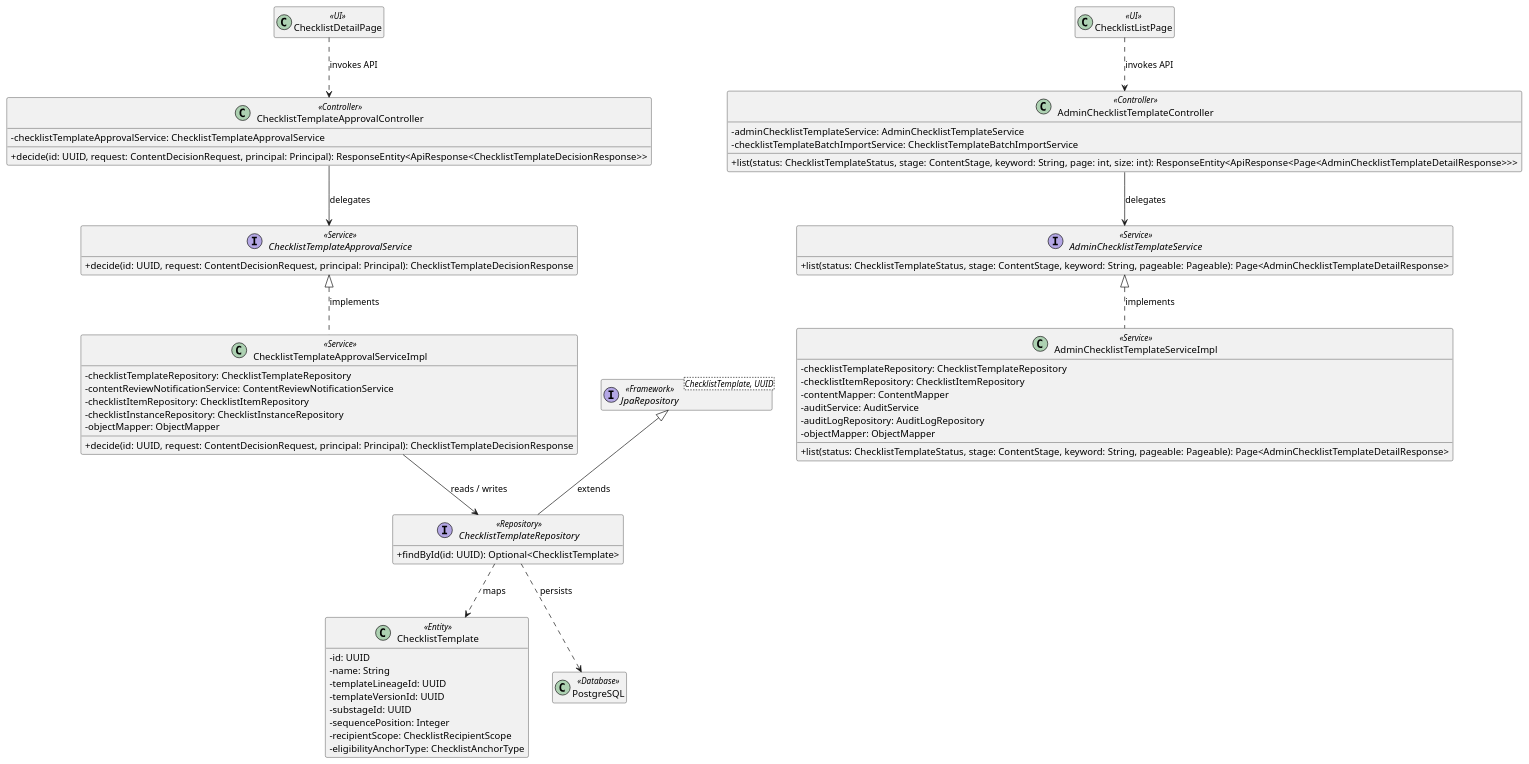
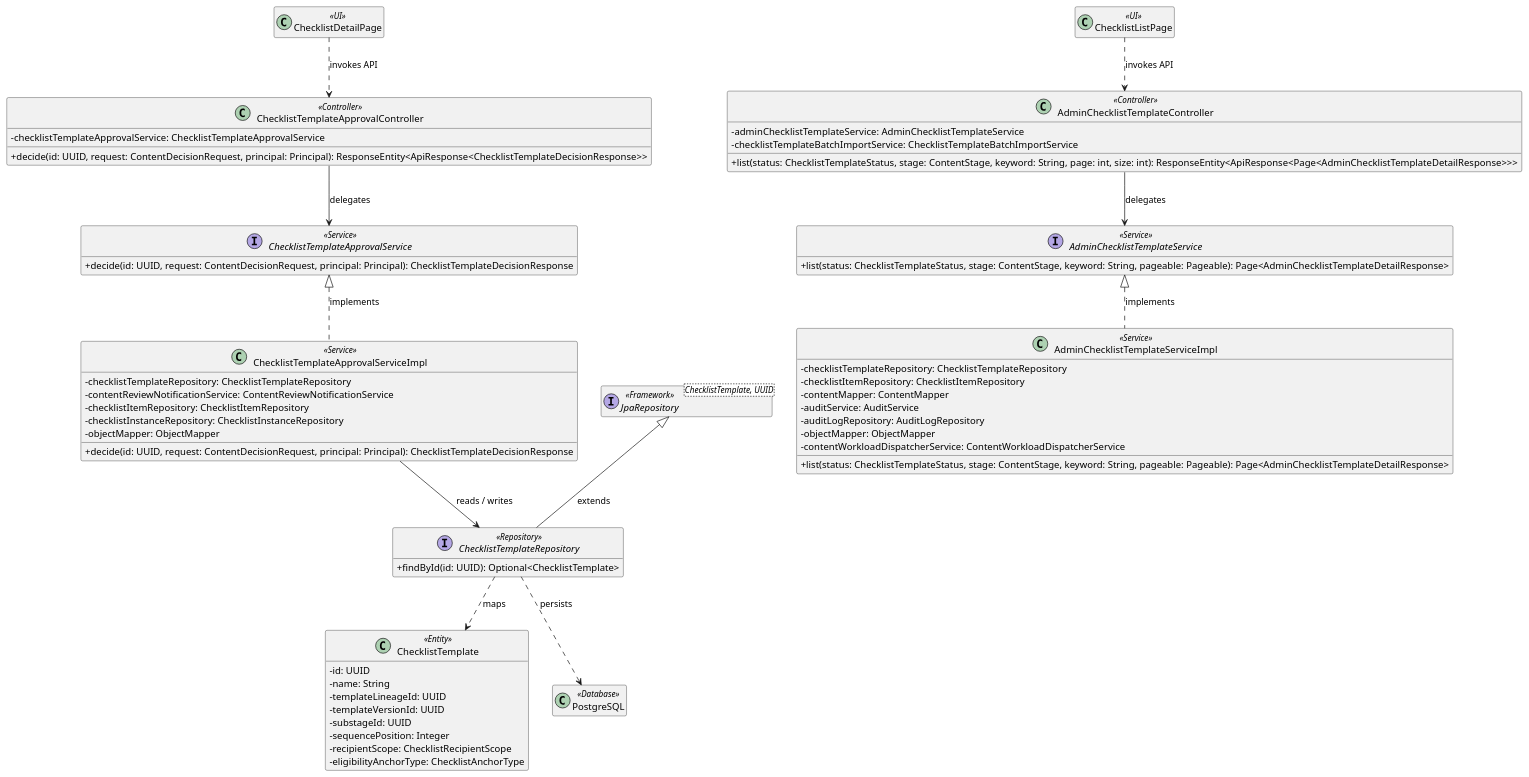
One commit to ChuongBDHE172784/CareBridge_SEP490_G79 changed the first of 3 diagrams in 03_Design/Detailed_Design/MF09_Content_Hub/03_Checklist_Template_Versioning_and_Runtime_Distribution.md. Above: the diagram before and after it, drawn with PlantUML. The commit also changed other lines of this file and 61 other files, not shown here.

Commit message:
docs: update detailed design documentation and state chart diagrams across all feature modules

````diff
--- a/03_Design/Detailed_Design/MF09_Content_Hub/03_Checklist_Template_Versioning_and_Runtime_Distribution.md
+++ b/03_Design/Detailed_Design/MF09_Content_Hub/03_Checklist_Template_Versioning_and_Runtime_Distribution.md
@@ -43,66 +43,67 @@
 ```plantuml
 @startuml ClassDiagram_03ChecklistTemplateVersioningandRuntimeDistribution
 skinparam classAttributeIconSize 0
 hide empty members
 
 class "ChecklistDetailPage" as UIChecklistDetailPage <<UI>>
 class "ChecklistListPage" as UIChecklistListPage <<UI>>
 class "AdminChecklistTemplateController" as ControllerAdminChecklistTemplateController <<Controller>> {
   - adminChecklistTemplateService: AdminChecklistTemplateService
   - checklistTemplateBatchImportService: ChecklistTemplateBatchImportService
   + list(status: ChecklistTemplateStatus, stage: ContentStage, keyword: String, page: int, size: int): ResponseEntity<ApiResponse<Page<AdminChecklistTemplateDetailResponse>>>
 }
 class "ChecklistTemplateApprovalController" as ControllerChecklistTemplateApprovalController <<Controller>> {
   - checklistTemplateApprovalService: ChecklistTemplateApprovalService
   + decide(id: UUID, request: ContentDecisionRequest, principal: Principal): ResponseEntity<ApiResponse<ChecklistTemplateDecisionResponse>>
 }
 interface "AdminChecklistTemplateService" as ServiceContractAdminChecklistTemplateService <<Service>> {
   + list(status: ChecklistTemplateStatus, stage: ContentStage, keyword: String, pageable: Pageable): Page<AdminChecklistTemplateDetailResponse>
 }
 class "AdminChecklistTemplateServiceImpl" as ServiceAdminChecklistTemplateServiceImpl <<Service>> {
   - checklistTemplateRepository: ChecklistTemplateRepository
   - checklistItemRepository: ChecklistItemRepository
   - contentMapper: ContentMapper
   - auditService: AuditService
   - auditLogRepository: AuditLogRepository
   - objectMapper: ObjectMapper
+  - contentWorkloadDispatcherService: ContentWorkloadDispatcherService
   + list(status: ChecklistTemplateStatus, stage: ContentStage, keyword: String, pageable: Pageable): Page<AdminChecklistTemplateDetailResponse>
 }
 ServiceContractAdminChecklistTemplateService <|.. ServiceAdminChecklistTemplateServiceImpl : implements
 interface "ChecklistTemplateApprovalService" as ServiceContractChecklistTemplateApprovalService <<Service>> {
   + decide(id: UUID, request: ContentDecisionRequest, principal: Principal): ChecklistTemplateDecisionResponse
 }
 class "ChecklistTemplateApprovalServiceImpl" as ServiceChecklistTemplateApprovalServiceImpl <<Service>> {
   - checklistTemplateRepository: ChecklistTemplateRepository
   - contentReviewNotificationService: ContentReviewNotificationService
   - checklistItemRepository: ChecklistItemRepository
   - checklistInstanceRepository: ChecklistInstanceRepository
   - objectMapper: ObjectMapper
   + decide(id: UUID, request: ContentDecisionRequest, principal: Principal): ChecklistTemplateDecisionResponse
 }
 ServiceContractChecklistTemplateApprovalService <|.. ServiceChecklistTemplateApprovalServiceImpl : implements
 interface "ChecklistTemplateRepository" as RepositoryChecklistTemplateRepository <<Repository>> {
   + findById(id: UUID): Optional<ChecklistTemplate>
 }
 class "ChecklistTemplate" as EntityChecklistTemplate <<Entity>> {
   - id: UUID
   - name: String
   - templateLineageId: UUID
   - templateVersionId: UUID
   - substageId: UUID
   - sequencePosition: Integer
   - recipientScope: ChecklistRecipientScope
   - eligibilityAnchorType: ChecklistAnchorType
 }
 interface "JpaRepository<ChecklistTemplate, UUID>" as RepositoryBaseChecklistTemplateRepository <<Framework>>
 RepositoryBaseChecklistTemplateRepository <|-- RepositoryChecklistTemplateRepository : extends
 class "PostgreSQL" as DB <<Database>>
 UIChecklistDetailPage ..> ControllerChecklistTemplateApprovalController : invokes API
 UIChecklistListPage ..> ControllerAdminChecklistTemplateController : invokes API
 ControllerAdminChecklistTemplateController --> ServiceContractAdminChecklistTemplateService : delegates
 ControllerChecklistTemplateApprovalController --> ServiceContractChecklistTemplateApprovalService : delegates
 ServiceChecklistTemplateApprovalServiceImpl --> RepositoryChecklistTemplateRepository : reads / writes
 RepositoryChecklistTemplateRepository ..> EntityChecklistTemplate : maps
 RepositoryChecklistTemplateRepository ..> DB : persists
 @enduml
 ```
````
